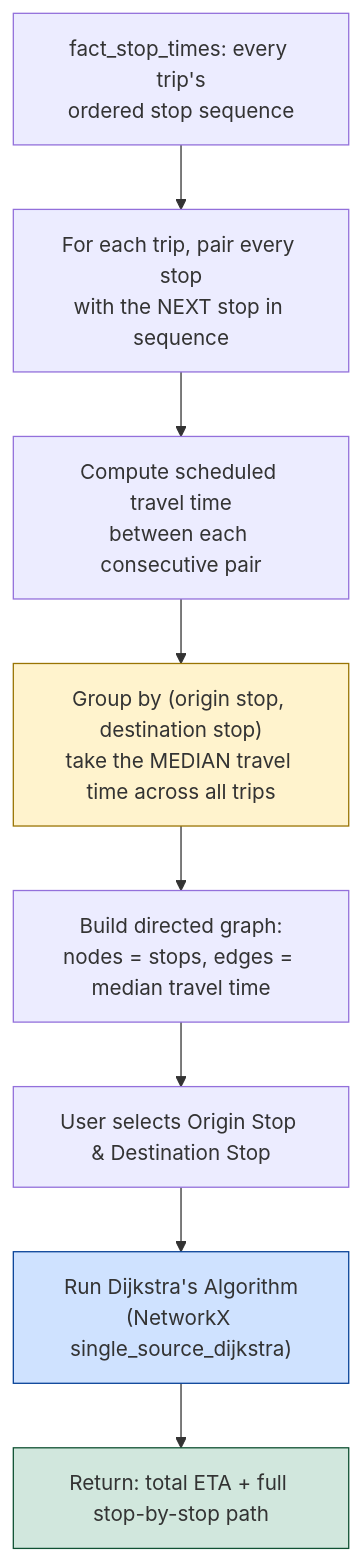
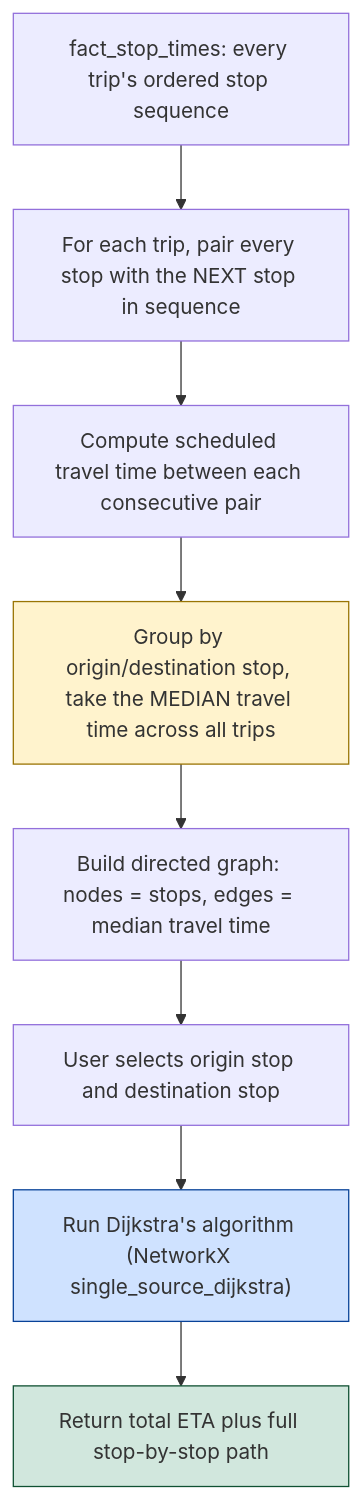
One commit to XitijShinde/PMPL-Bus-Transit-Analytics-Project changed the second of 2 diagrams in README.md. Above: the diagram before and after it, drawn with Mermaid. The commit also changed other lines of this file, not shown here.

````diff
--- a/README.md
+++ b/README.md
@@ -133,14 +116,14 @@
 ```mermaid
 flowchart TD
-    A[fact_stop_times: every trip's<br/>ordered stop sequence] --> B["For each trip, pair every stop<br/>with the NEXT stop in sequence"]
-    B --> C["Compute scheduled travel time<br/>between each consecutive pair"]
-    C --> D["Group by (origin stop, destination stop)<br/>take the MEDIAN travel time across all trips"]
-    D --> E["Build directed graph:<br/>nodes = stops, edges = median travel time"]
-    E --> F[User selects Origin Stop & Destination Stop]
-    F --> G["Run Dijkstra's Algorithm<br/>(NetworkX single_source_dijkstra)"]
-    G --> H["Return: total ETA + full stop-by-stop path"]
+    A[fact_stop_times: every trip's ordered stop sequence] --> B["For each trip, pair every stop with the NEXT stop in sequence"]
+    B --> C["Compute scheduled travel time between each consecutive pair"]
+    C --> D["Group by origin/destination stop, take the MEDIAN travel time across all trips"]
+    D --> E["Build directed graph: nodes = stops, edges = median travel time"]
+    E --> F[User selects origin stop and destination stop]
+    F --> G["Run Dijkstra's algorithm (NetworkX single_source_dijkstra)"]
+    G --> H["Return total ETA plus full stop-by-stop path"]
 
     style D fill:#fff3cd,stroke:#997404
     style G fill:#cfe2ff,stroke:#084298
     style H fill:#d1e7dd,stroke:#0f5132
 ```
````
